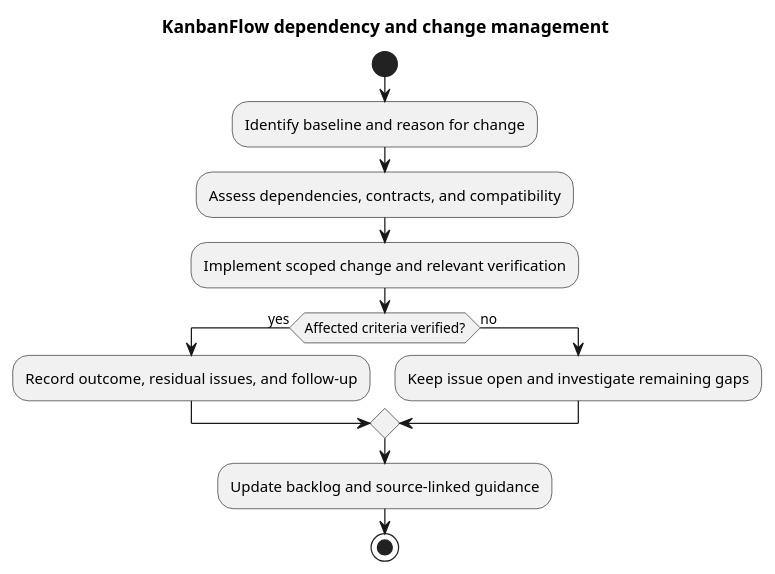
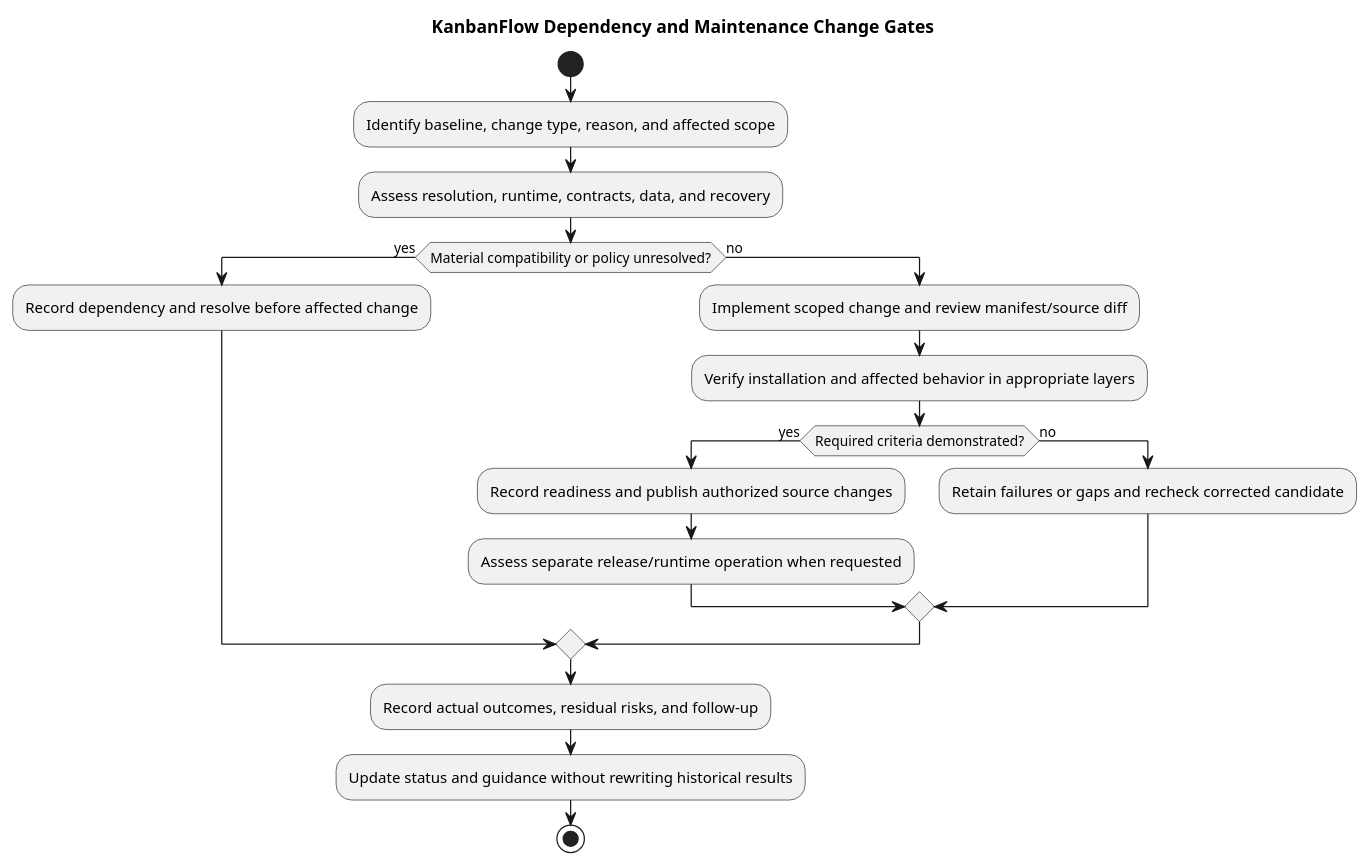
One commit to Farhad-Valizadegan/Web-KanbanFlow changed the diagram in docs/SDLC/08-maintenance/dependency-and-change-management.md. Above: the diagram before and after it, drawn with PlantUML. The commit also changed other lines of this file and 2 other files, not shown here.

Commit message:
docs: complete dependency change assessment and verification gates

````diff
--- a/docs/SDLC/08-maintenance/dependency-and-change-management.md
+++ b/docs/SDLC/08-maintenance/dependency-and-change-management.md
@@ -40,16 +119,23 @@
 ```plantuml
 @startuml
-title KanbanFlow dependency and change management
+title KanbanFlow Dependency and Maintenance Change Gates
 start
-:Identify baseline and reason for change;
-:Assess dependencies, contracts, and compatibility;
-:Implement scoped change and relevant verification;
-if (Affected criteria verified?) then (yes)
-:Record outcome, residual issues, and follow-up;
+:Identify baseline, change type, reason, and affected scope;
+:Assess resolution, runtime, contracts, data, and recovery;
+if (Material compatibility or policy unresolved?) then (yes)
+ :Record dependency and resolve before affected change;
 else (no)
-:Keep issue open and investigate remaining gaps;
+ :Implement scoped change and review manifest/source diff;
+ :Verify installation and affected behavior in appropriate layers;
+ if (Required criteria demonstrated?) then (yes)
+  :Record readiness and publish authorized source changes;
+  :Assess separate release/runtime operation when requested;
+ else (no)
+  :Retain failures or gaps and recheck corrected candidate;
+ endif
 endif
-:Update backlog and source-linked guidance;
+:Record actual outcomes, residual risks, and follow-up;
+:Update status and guidance without rewriting historical results;
 stop
 @enduml
 ```
````
